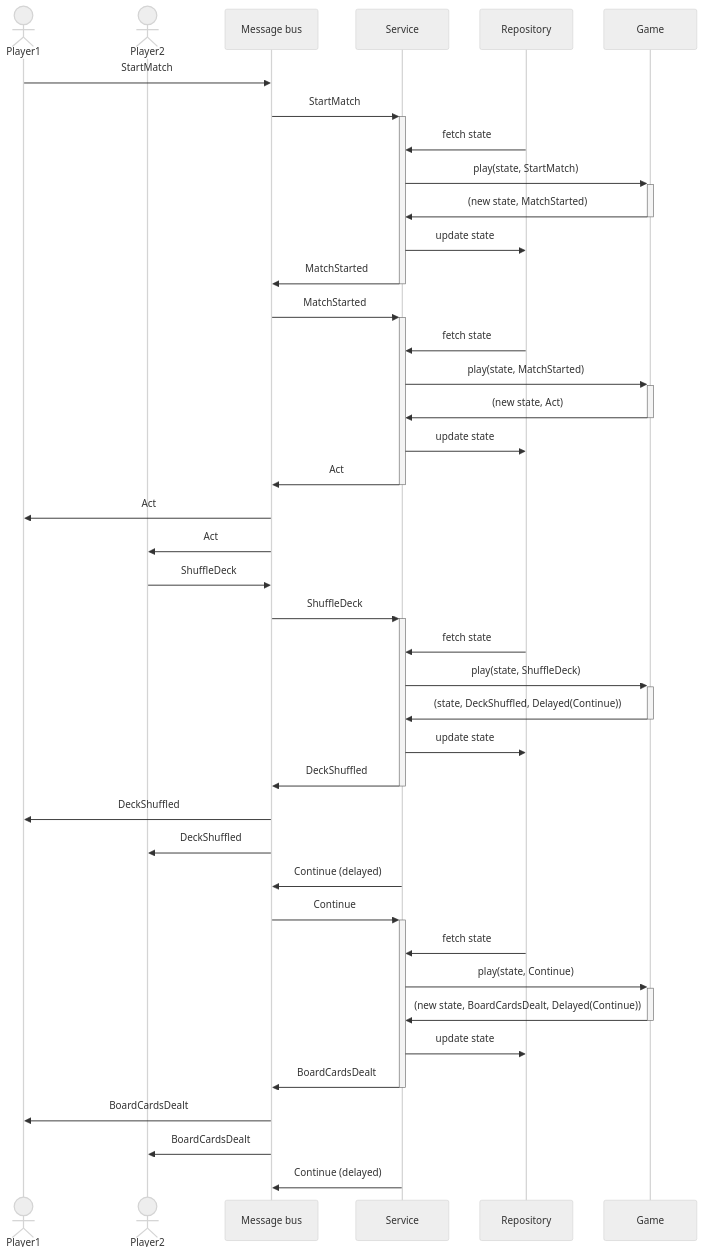
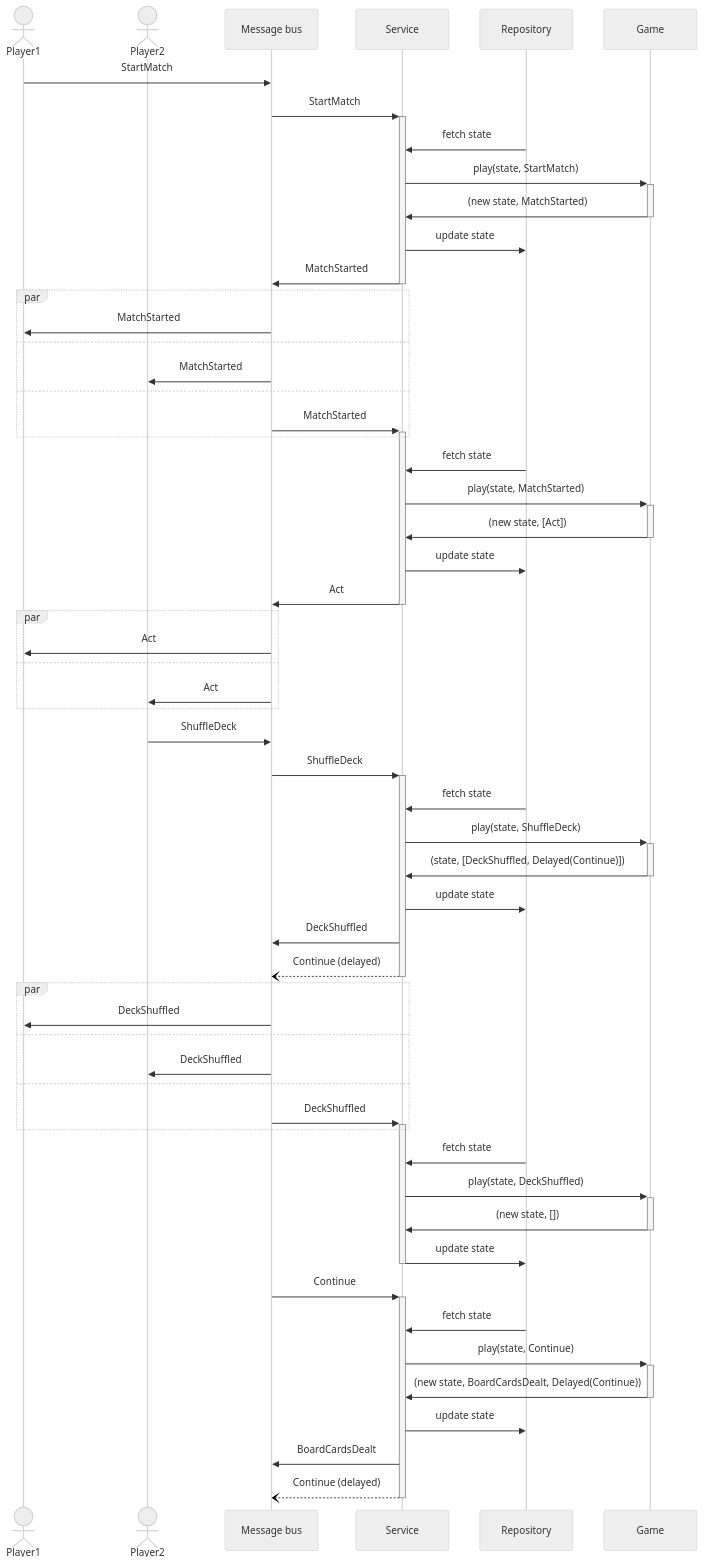
The third of 3 diagrams in README.md (epifab/bastoni), drawn with Mermaid (neutral theme) before and after one commit. The commit also changed other lines of this file and 5 other files, not shown here.

````diff
--- a/README.md
+++ b/README.md
@@ -99,49 +107,67 @@
 ```mermaid
 sequenceDiagram
     actor Player1
     actor Player2
     participant Message bus
     participant Service
     participant Repository
     participant Game
     
     Player1->>Message bus: StartMatch
     Message bus->>+Service: StartMatch
     Repository->>Service: fetch state
     Service->>+Game: play(state, StartMatch)
     Game->>-Service: (new state, MatchStarted)
     Service->>Repository: update state
     Service->>-Message bus: MatchStarted
     
-    Message bus->>+Service: MatchStarted
+    par
+        Message bus->>Player1: MatchStarted
+    and 
+        Message bus->>Player2: MatchStarted
+    and 
+        Message bus->>+Service: MatchStarted
+    end
+        
     Repository->>Service: fetch state
     Service->>+Game: play(state, MatchStarted)
-    Game->>-Service: (new state, Act)
+    Game->>-Service: (new state, [Act])
     Service->>Repository: update state
     Service->>-Message bus: Act
-    Message bus->>Player1: Act
-    Message bus->>Player2: Act
+
+    par
+        Message bus->>Player1: Act
+    and
+        Message bus->>Player2: Act
+    end
 
     Player2->>Message bus: ShuffleDeck
     Message bus->>+Service: ShuffleDeck
     Repository->>Service: fetch state
     Service->>+Game: play(state, ShuffleDeck)
-    Game->>-Service: (state, DeckShuffled, Delayed(Continue))
+    Game->>-Service: (state, [DeckShuffled, Delayed(Continue)])
     Service->>Repository: update state
-    Service->>-Message bus: DeckShuffled
-    Message bus->>Player1: DeckShuffled
-    Message bus->>Player2: DeckShuffled
-
-    Service->>Message bus: Continue (delayed)
+    Service->>Message bus: DeckShuffled
+    Service--)-Message bus: Continue (delayed)
+    
+    par
+        Message bus->>Player1: DeckShuffled
+    and
+        Message bus->>Player2: DeckShuffled
+    and
+        Message bus->>+Service: DeckShuffled
+    end
+    Repository->>Service: fetch state
+    Service->>+Game: play(state, DeckShuffled)
+    Game->>-Service: (new state, [])
+    Service->>Repository: update state
+    deactivate Service
 
     Message bus->>+Service: Continue
     Repository->>Service: fetch state
     Service->>+Game: play(state, Continue)
     Game->>-Service: (new state, BoardCardsDealt, Delayed(Continue))
     Service->>Repository: update state
-    Service->>-Message bus: BoardCardsDealt
-    Message bus->>Player1: BoardCardsDealt
-    Message bus->>Player2: BoardCardsDealt
-
-    Service->>Message bus: Continue (delayed)
+    Service->>Message bus: BoardCardsDealt
+    Service--)-Message bus: Continue (delayed)
 ```
````
